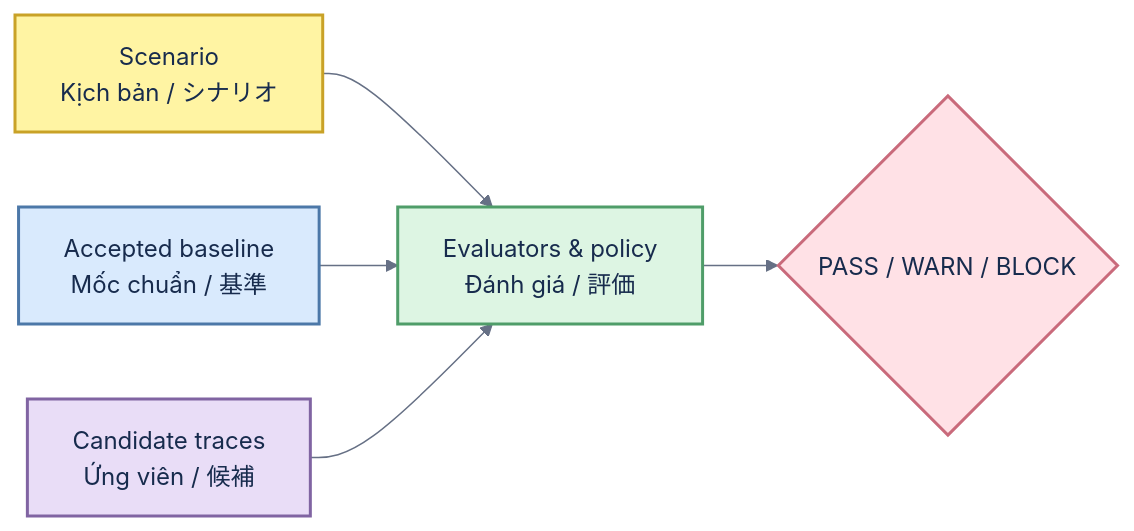
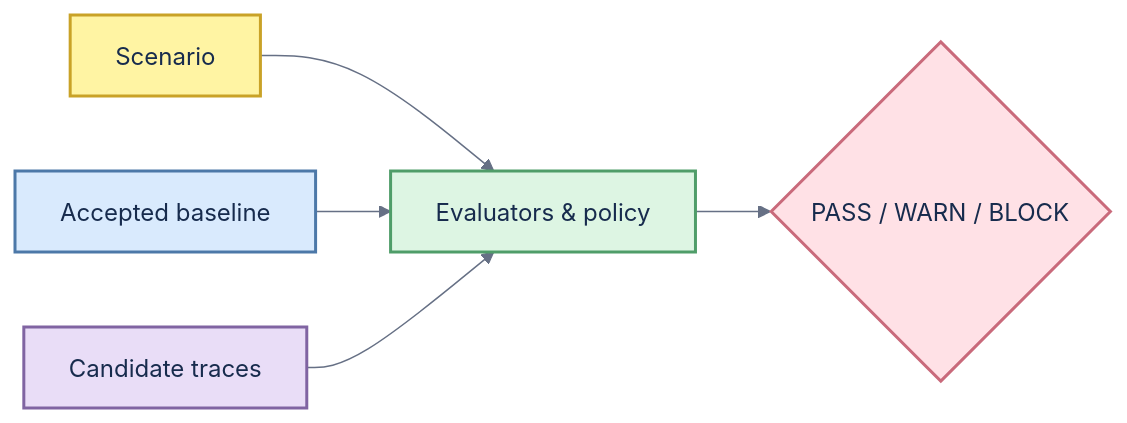
One commit to thangldw/ragops changed the diagram in README.md. Above: the diagram before and after it, drawn with Mermaid. The commit also changed other lines of this file and 1 other file, not shown here.

````diff
--- a/README.md
+++ b/README.md
@@ -7,17 +5,17 @@
 ```mermaid
 %%{init: {"theme":"base","themeVariables":{"background":"#FFFFFF","fontFamily":"Arial, sans-serif","lineColor":"#667085","primaryTextColor":"#172B4D"}}}%%
 flowchart LR
-    S["Scenario<br/>Kịch bản / シナリオ"]:::yellow
-    B["Accepted baseline<br/>Mốc chuẩn / 基準"]:::blue
-    C["Candidate traces<br/>Ứng viên / 候補"]:::purple
-    E["Evaluators & policy<br/>Đánh giá / 評価"]:::green
+    S["Scenario"]:::yellow
+    B["Accepted baseline"]:::blue
+    C["Candidate traces"]:::purple
+    E["Evaluators & policy"]:::green
     G{"PASS / WARN / BLOCK"}:::pink
     S --> E
     B --> E
     C --> E --> G
     classDef yellow fill:#FFF4A3,stroke:#C9A227,stroke-width:2px,color:#172B4D
     classDef blue fill:#D9EAFD,stroke:#4C78A8,stroke-width:2px,color:#172B4D
     classDef purple fill:#E9DDF7,stroke:#8064A2,stroke-width:2px,color:#172B4D
     classDef green fill:#DDF5E3,stroke:#4F9D69,stroke-width:2px,color:#172B4D
     classDef pink fill:#FFE1E6,stroke:#C96A7B,stroke-width:2px,color:#172B4D
 ```
````
